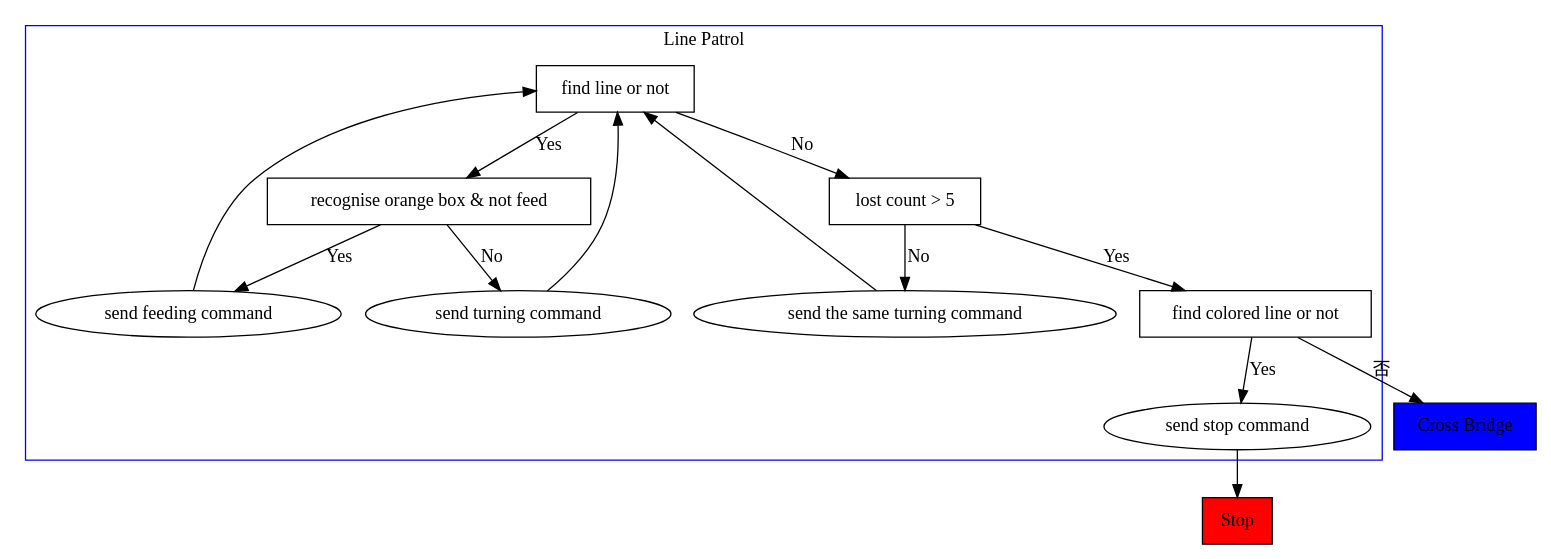
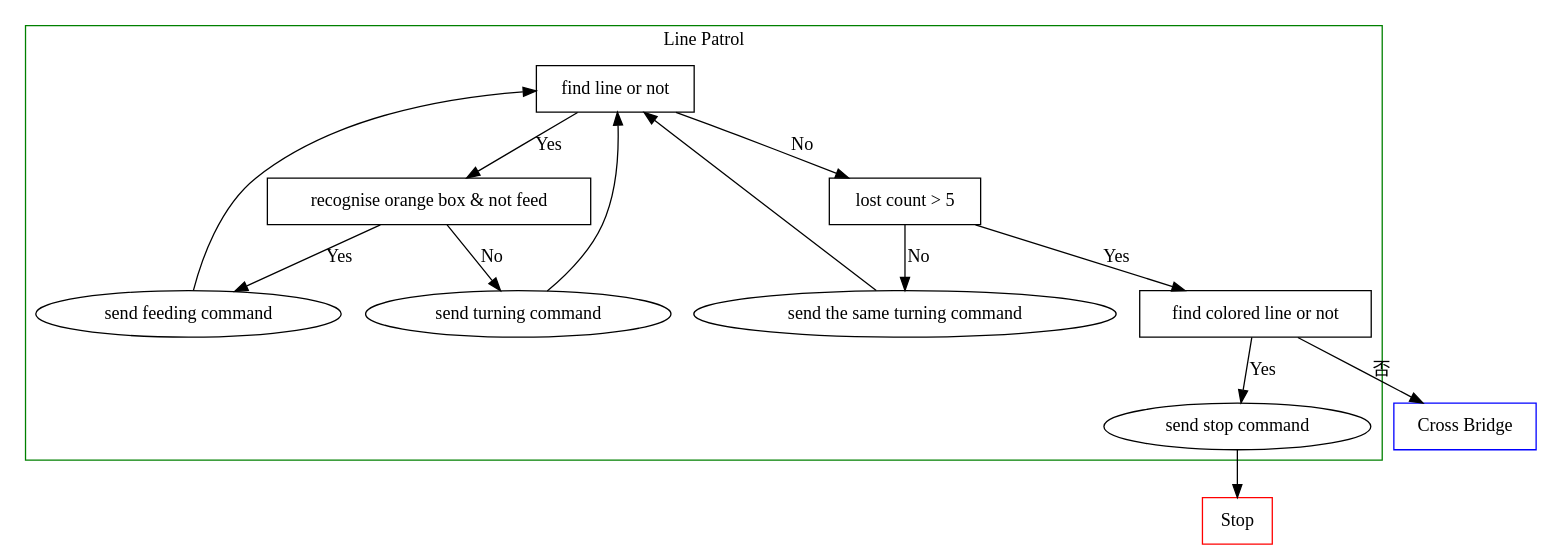
The diagram in flow_chart/line_patrol.dot (TDPS-Mihotel/Mihotel), drawn with Graphviz before and after one commit. The commit also changed 7 other files, not shown here.

```diff
--- a/flow_chart/line_patrol.dot
+++ b/flow_chart/line_patrol.dot
@@ -1,25 +1,25 @@
 digraph G {
     compound=true;
     subgraph cluster0 {
-        color=blue
+        color=green
         label="Line Patrol"
         "find line or not" [shape=box]
         "recognise orange box & not feed" [shape= box]
         "find line or not" -> "recognise orange box & not feed" [label="Yes"]
         "recognise orange box & not feed" -> "send feeding command" [label="Yes"]
         "recognise orange box & not feed" -> "send turning command" [label="No"]
         "send feeding command" -> "find line or not"
         "send turning command" -> "find line or not"
         "lost count > 5" [shape=box]
         "find line or not" -> "lost count > 5" [label="No"]
         "find colored line or not" [shape=box]
         "lost count > 5" -> "send the same turning command" [label="No"]
         "lost count > 5" -> "find colored line or not" [label="Yes"]
         "send the same turning command" -> "find line or not"
         "find colored line or not" -> "send stop command" [label="Yes"]
     }
-    Stop [shape=box fillcolor=red style=filled]
-    "Cross Bridge" [shape=box fillcolor=blue style=filled]
+    Stop [shape=box color=red]
+    "Cross Bridge" [shape=box color=blue]
     "send stop command" -> Stop
     "find colored line or not" -> "Cross Bridge" [label="否"]
 }
```
